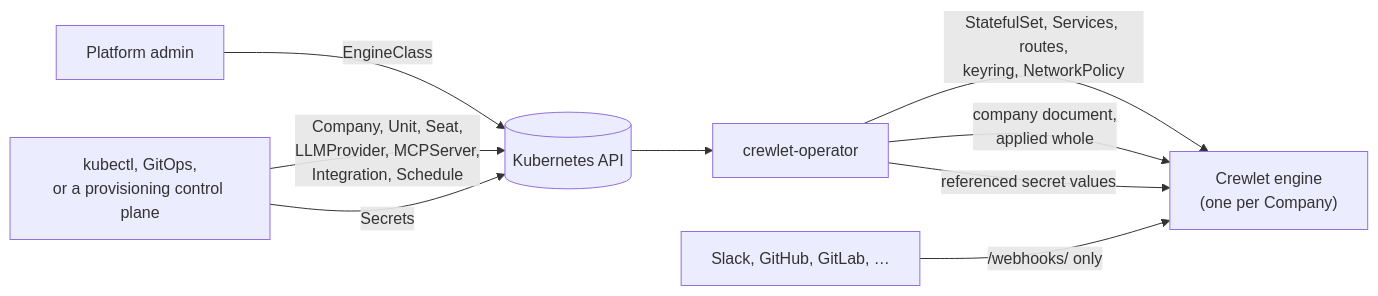
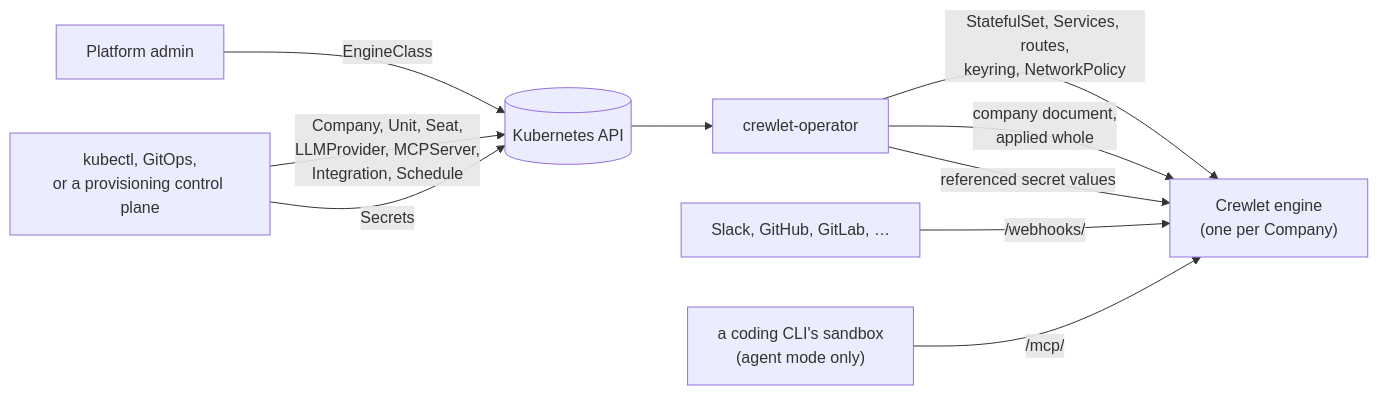
One commit to crewlet/crewlet-operator changed the diagram in README.md. Above: the diagram before and after it, drawn with Mermaid. The commit also changed 3 other files, not shown here.

````diff
--- a/README.md
+++ b/README.md
@@ -49,11 +49,12 @@
 ```mermaid
 flowchart LR
     platform["Platform admin"] -- EngineClass --> kapi[("Kubernetes API")]
     users["kubectl, GitOps,<br/>or a provisioning control plane"] -- "Company, Unit, Seat,<br/>LLMProvider, MCPServer,<br/>Integration, Schedule" --> kapi
     users -- Secrets --> kapi
     kapi --> operator["crewlet-operator"]
     operator -- "StatefulSet, Services, routes,<br/>keyring, NetworkPolicy" --> engine["Crewlet engine<br/>(one per Company)"]
     operator -- "company document,<br/>applied whole" --> engine
     operator -- "referenced secret values" --> engine
-    vendors["Slack, GitHub, GitLab, …"] -- "/webhooks/ only" --> engine
+    vendors["Slack, GitHub, GitLab, …"] -- "/webhooks/" --> engine
+    sandbox["a coding CLI's sandbox<br/>(agent mode only)"] -- "/mcp/" --> engine
 ```
````
